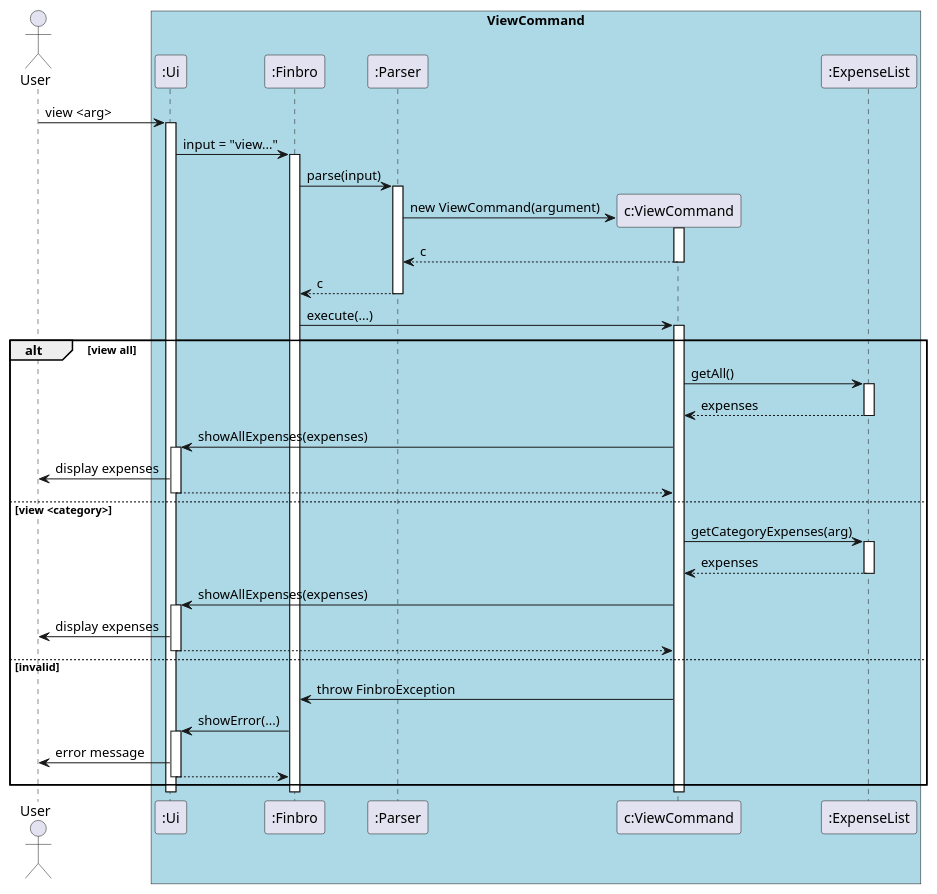
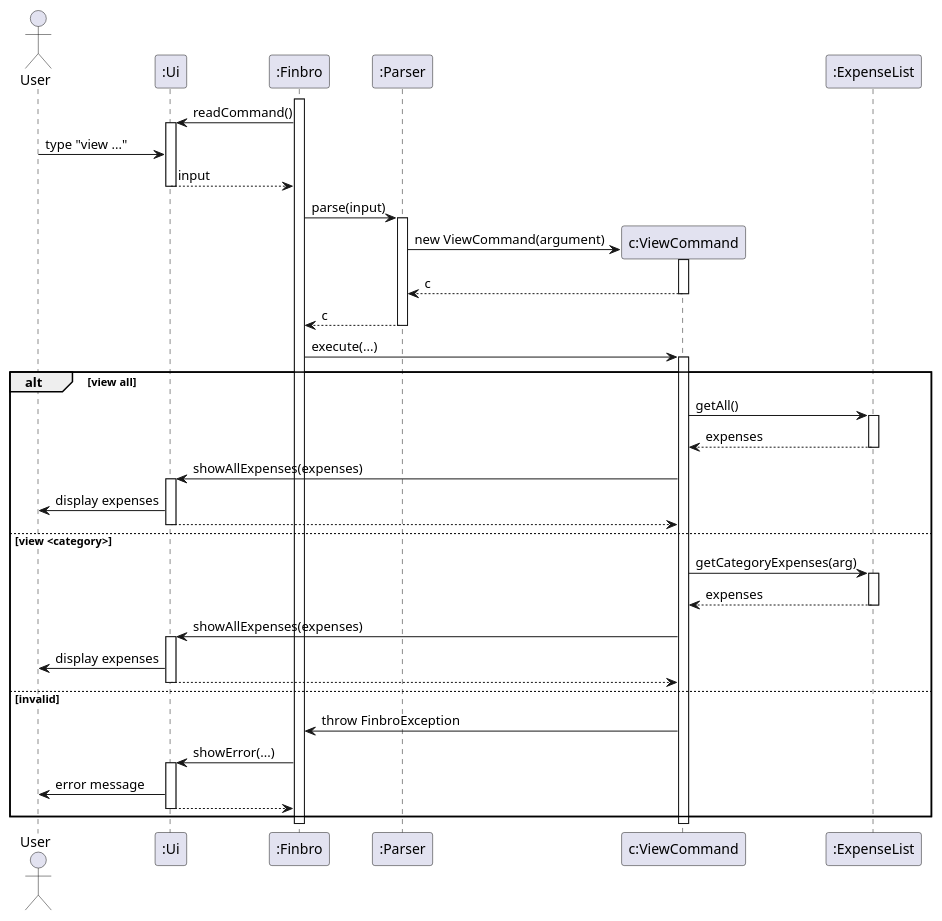
The diagram in docs/UML_diagrams/ViewCommand.puml (zihaoalt/tp), drawn with PlantUML before and after one commit. The commit also changed 7 other files, not shown here.

Commit message:
Fix the initial ui finbro and parser interaction for add delete architecture and view and also remove the background color for these

```diff
--- a/docs/UML_diagrams/ViewCommand.puml
+++ b/docs/UML_diagrams/ViewCommand.puml
@@ -1,61 +1,61 @@
 @startuml ViewCommand
 'https://plantuml.com/sequence-diagram
 actor User
 
-box "ViewCommand" #LightBlue
 participant ":Ui"
 participant ":Finbro"
 participant ":Parser"
 participant "c:ViewCommand"
 participant ":ExpenseList"
-end box
 
-User -> ":Ui" : view <arg>
-activate ":Ui"
 
-":Ui" -> ":Finbro" : input = "view..."
 activate ":Finbro"
+":Finbro" -> ":Ui" ++ : readCommand()
+User -> ":Ui" : type "view ..."
+":Ui" --> ":Finbro" : input
+deactivate ":Ui"
 
 ":Finbro" -> ":Parser" : parse(input)
 activate ":Parser"
+
 
 create "c:ViewCommand"
 ":Parser" -> "c:ViewCommand" : new ViewCommand(argument)
 activate "c:ViewCommand"
 return c
 return c
 
 ":Finbro" -> "c:ViewCommand" : execute(...)
 activate "c:ViewCommand"
 
 alt view all
     "c:ViewCommand" -> ":ExpenseList" : getAll()
     activate ":ExpenseList"
     return expenses
     "c:ViewCommand" -> ":Ui" : showAllExpenses(expenses)
     activate ":Ui"
     ":Ui" -> User : display expenses
     return
 
 else view <category>
     "c:ViewCommand" -> ":ExpenseList" : getCategoryExpenses(arg)
     activate ":ExpenseList"
     return expenses
     "c:ViewCommand" -> ":Ui" : showAllExpenses(expenses)
     activate ":Ui"
     ":Ui" -> User : display expenses
     return
 
 else invalid
     "c:ViewCommand" -> ":Finbro" : throw FinbroException
     ":Finbro" -> ":Ui" : showError(...)
     activate ":Ui"
     ":Ui" -> User : error message
     return
 end
 
 deactivate "c:ViewCommand"
 deactivate ":Finbro"
 deactivate ":Ui"
 
 @enduml
```
